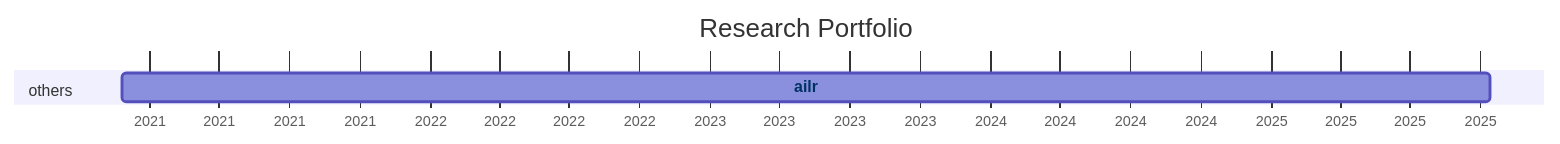
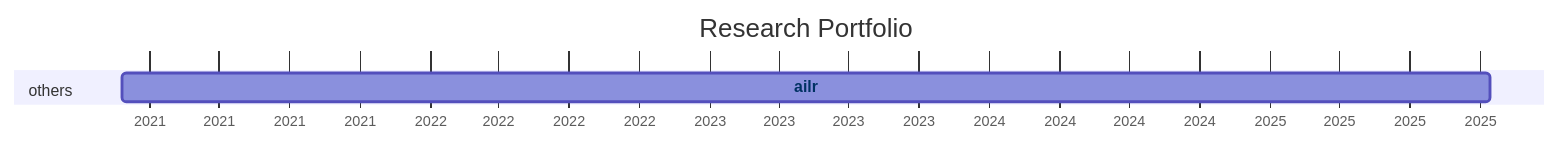
One commit to digital-work-lab/handbook changed the diagram in docs/20-research/25-projects-gantt.md. Above: the diagram before and after it, drawn with Mermaid. The commit also changed 1 other file, not shown here.

Commit message:
Update repository overview

````diff
--- a/docs/20-research/25-projects-gantt.md
+++ b/docs/20-research/25-projects-gantt.md
@@ -8,21 +8,21 @@
 ```mermaid
 ---
 displayMode: compact
 ---
 gantt
 title Research Portfolio
 dateFormat YYYY-MM-DD
 axisFormat %Y
 
     section work_practices
 
     section distributed_organizing
 
     section knowledge_synthesis
 
     section others
-        ailr :ailr, 2020-11-26, 2025-10-14
+        ailr :ailr, 2020-11-26, 2025-10-15
 
 
     click ailr href "{{ site.baseurl }}/docs/10-lab/18-resources/ailr.html"
 ```
````
